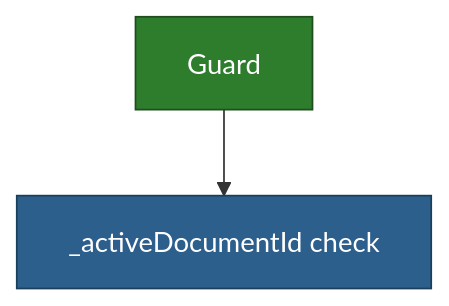
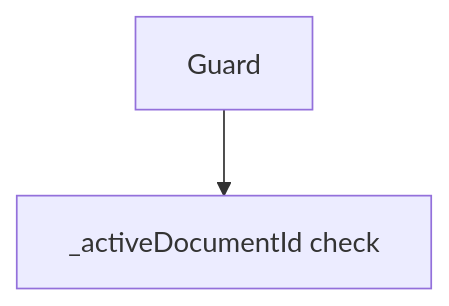
One commit to haowjy/meridian-flow changed the fourth of 5 diagrams in _docs/technical/frontend/editor-caching.md. Above: the diagram before and after it, drawn with Mermaid. The commit also changed 46 other files, not shown here.

````diff
--- a/_docs/technical/frontend/editor-caching.md
+++ b/_docs/technical/frontend/editor-caching.md
@@ -124,6 +124,4 @@
 ```mermaid
 flowchart TD
     A["Guard"] --> B["_activeDocumentId check"]
-    style A fill:#2d7d2d,stroke:#1e4d1e,color:#fff
-    style B fill:#2d5f8d,stroke:#1a3f5a,color:#fff
 ```
````
